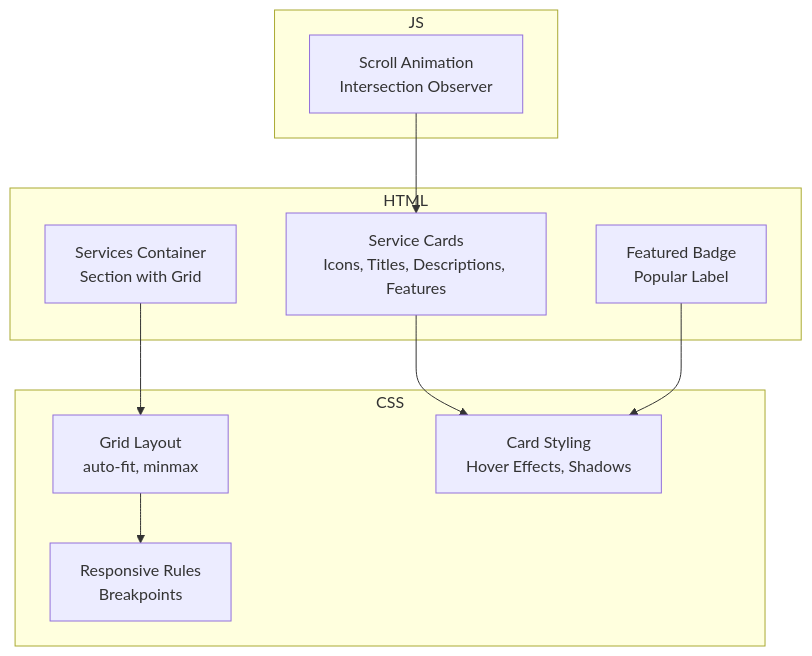
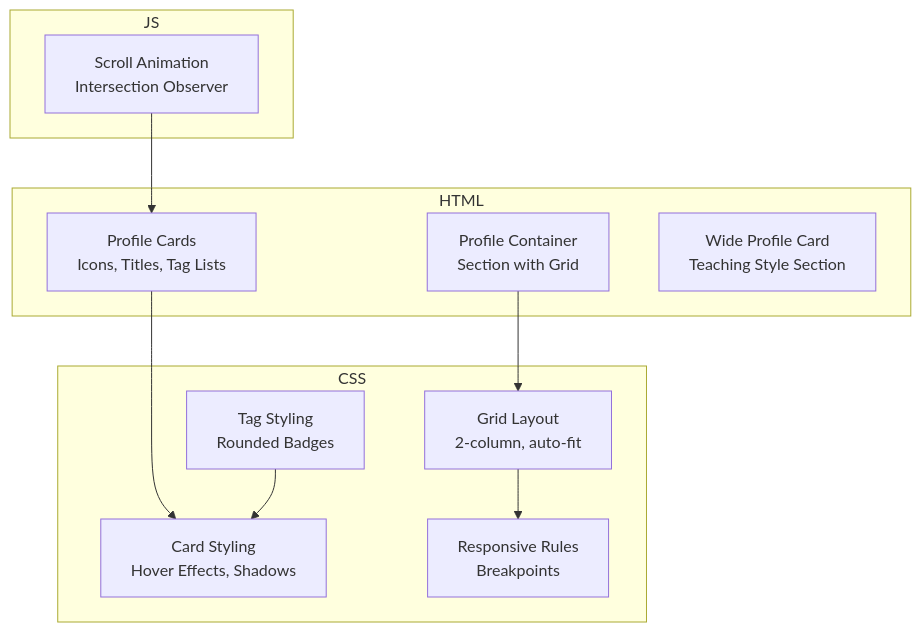
The second of 3 diagrams in .qoder/repowiki/en/content/Core Features/Service Showcase/Services Section.md (lynchip/graduates), drawn with Mermaid before and after one commit. The commit also changed other lines of this file and 12 other files, not shown here.

````diff
--- a/.qoder/repowiki/en/content/Core Features/Service Showcase/Services Section.md
+++ b/.qoder/repowiki/en/content/Core Features/Service Showcase/Services Section.md
@@ -77,21 +86,22 @@
 ```mermaid
 graph TB
 subgraph "HTML"
-ServicesContainer["Services Container<br/>Section with Grid"]
-ServiceCards["Service Cards<br/>Icons, Titles, Descriptions, Features"]
-FeaturedBadge["Featured Badge<br/>Popular Label"]
+ProfileContainer["Profile Container<br/>Section with Grid"]
+ProfileCards["Profile Cards<br/>Icons, Titles, Tag Lists"]
+WideCard["Wide Profile Card<br/>Teaching Style Section"]
 end
 subgraph "CSS"
-ServicesGrid["Grid Layout<br/>auto-fit, minmax"]
+ProfileGrid["Grid Layout<br/>2-column, auto-fit"]
 CardStyling["Card Styling<br/>Hover Effects, Shadows"]
+TagStyling["Tag Styling<br/>Rounded Badges"]
 ResponsiveRules["Responsive Rules<br/>Breakpoints"]
 end
 subgraph "JS"
 ScrollAnimation["Scroll Animation<br/>Intersection Observer"]
 end
-ServicesContainer --> ServicesGrid
-ServiceCards --> CardStyling
-FeaturedBadge --> CardStyling
-ServicesGrid --> ResponsiveRules
-ScrollAnimation --> ServiceCards
+ProfileContainer --> ProfileGrid
+ProfileCards --> CardStyling
+TagStyling --> CardStyling
+ProfileGrid --> ResponsiveRules
+ScrollAnimation --> ProfileCards
 ```
````
